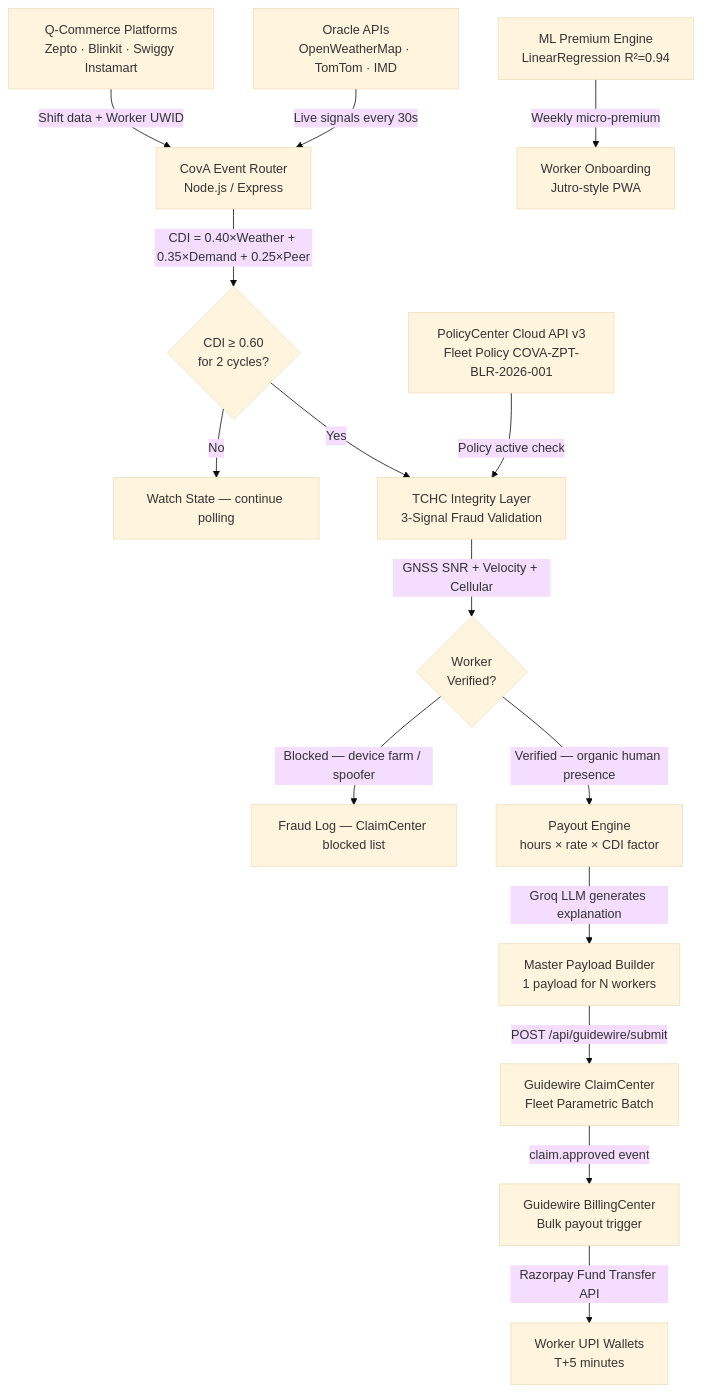
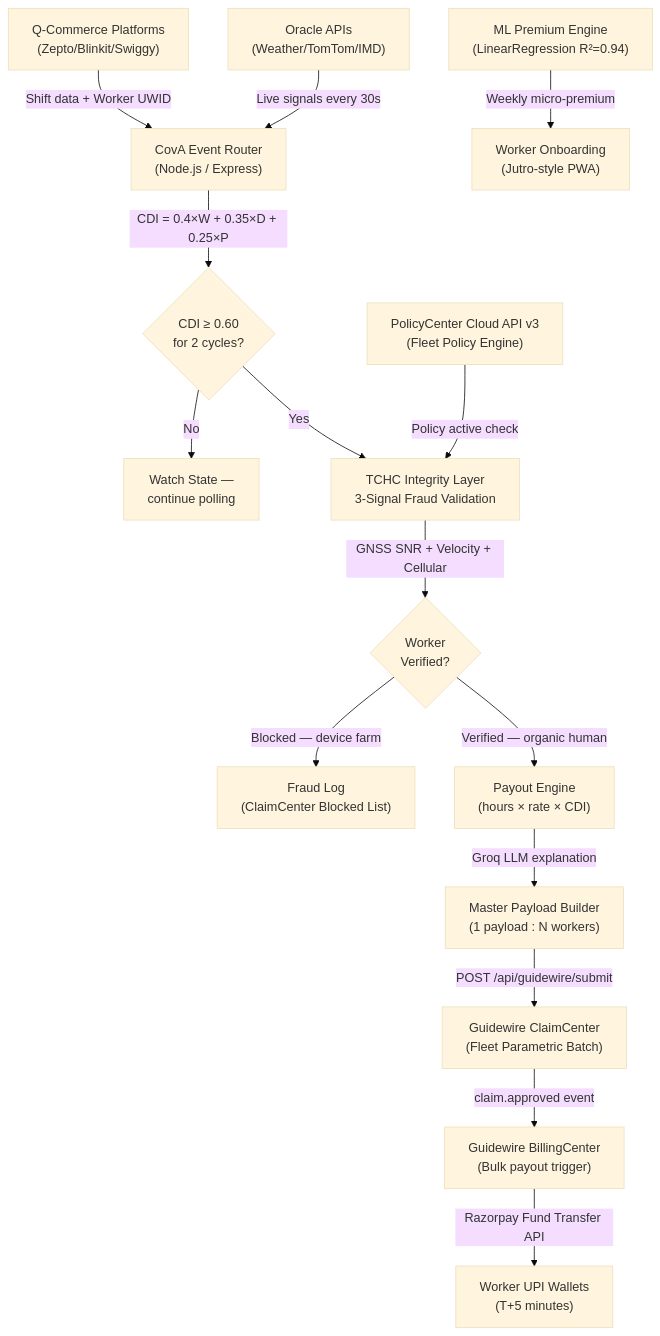
The diagram in README.md (NavneethKonduru/CovA-Parametric-Income-Protection-Guidewire-Devtrails-2026), drawn with Mermaid (base theme) before and after one commit. The commit also changed other lines of this file, not shown here.

Commit message:
Fix Mermaid architecture diagram labels (prevent text cutoff)

````diff
--- a/README.md
+++ b/README.md
@@ -169,17 +169,17 @@
 ```mermaid
 graph TD
-    A[Q-Commerce Platforms<br/>Zepto · Blinkit · Swiggy Instamart] -->|Shift data + Worker UWID| B[CovA Event Router<br/>Node.js / Express]
-    C[Oracle APIs<br/>OpenWeatherMap · TomTom · IMD] -->|Live signals every 30s| B
-    B -->|CDI = 0.40×Weather + 0.35×Demand + 0.25×Peer| D{CDI ≥ 0.60<br/>for 2 cycles?}
-    D -->|No| E[Watch State — continue polling]
-    D -->|Yes| F[TCHC Integrity Layer<br/>3-Signal Fraud Validation]
-    F -->|GNSS SNR + Velocity + Cellular| G{Worker<br/>Verified?}
-    G -->|Blocked — device farm / spoofer| H[Fraud Log — ClaimCenter blocked list]
-    G -->|Verified — organic human presence| I[Payout Engine<br/>hours × rate × CDI factor]
-    I -->|Groq LLM generates explanation| J[Master Payload Builder<br/>1 payload for N workers]
-    J -->|POST /api/guidewire/submit| K[Guidewire ClaimCenter<br/>Fleet Parametric Batch]
-    K -->|claim.approved event| L[Guidewire BillingCenter<br/>Bulk payout trigger]
-    L -->|Razorpay Fund Transfer API| M[Worker UPI Wallets<br/>T+5 minutes]
-    N[PolicyCenter Cloud API v3<br/>Fleet Policy COVA-ZPT-BLR-2026-001] -->|Policy active check| F
-    O[ML Premium Engine<br/>LinearRegression R²=0.94] -->|Weekly micro-premium| P[Worker Onboarding<br/>Jutro-style PWA]
+    A["Q-Commerce Platforms<br/>(Zepto/Blinkit/Swiggy)"] -->|Shift data + Worker UWID| B["CovA Event Router<br/>(Node.js / Express)"]
+    C["Oracle APIs<br/>(Weather/TomTom/IMD)"] -->|Live signals every 30s| B
+    B -->|"CDI = 0.4×W + 0.35×D + 0.25×P"| D{"CDI ≥ 0.60<br/>for 2 cycles?"}
+    D -->|No| E["Watch State —<br/>continue polling"]
+    D -->|Yes| F["TCHC Integrity Layer<br/>3-Signal Fraud Validation"]
+    F -->|GNSS SNR + Velocity + Cellular| G{"Worker<br/>Verified?"}
+    G -->|Blocked — device farm| H["Fraud Log<br/>(ClaimCenter Blocked List)"]
+    G -->|Verified — organic human| I["Payout Engine<br/>(hours × rate × CDI)"]
+    I -->|Groq LLM explanation| J["Master Payload Builder<br/>(1 payload : N workers)"]
+    J -->|POST /api/guidewire/submit| K["Guidewire ClaimCenter<br/>(Fleet Parametric Batch)"]
+    K -->|claim.approved event| L["Guidewire BillingCenter<br/>(Bulk payout trigger)"]
+    L -->|Razorpay Fund Transfer API| M["Worker UPI Wallets<br/>(T+5 minutes)"]
+    N["PolicyCenter Cloud API v3<br/>(Fleet Policy Engine)"] -->|Policy active check| F
+    O["ML Premium Engine<br/>(LinearRegression R²=0.94)"] -->|Weekly micro-premium| P["Worker Onboarding<br/>(Jutro-style PWA)"]
 ```
````
